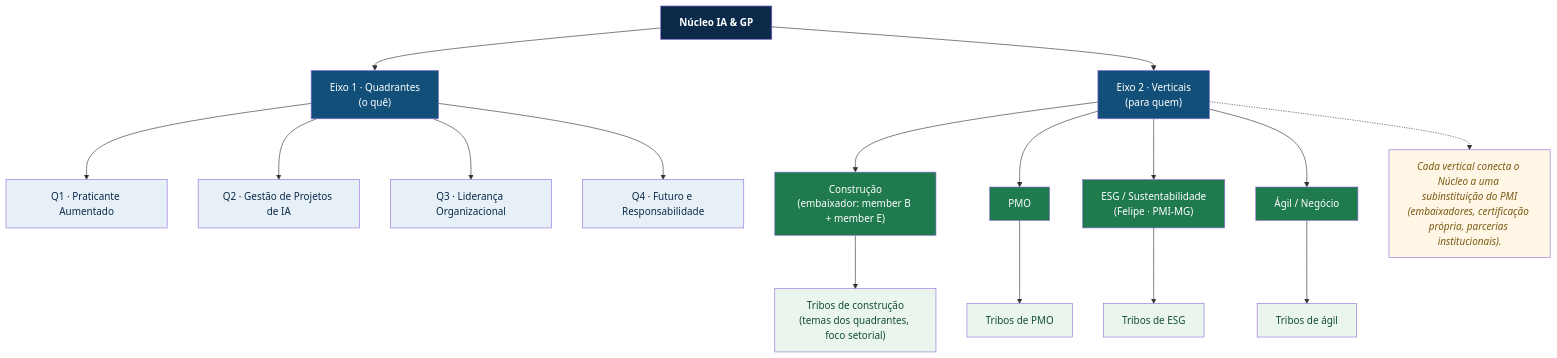
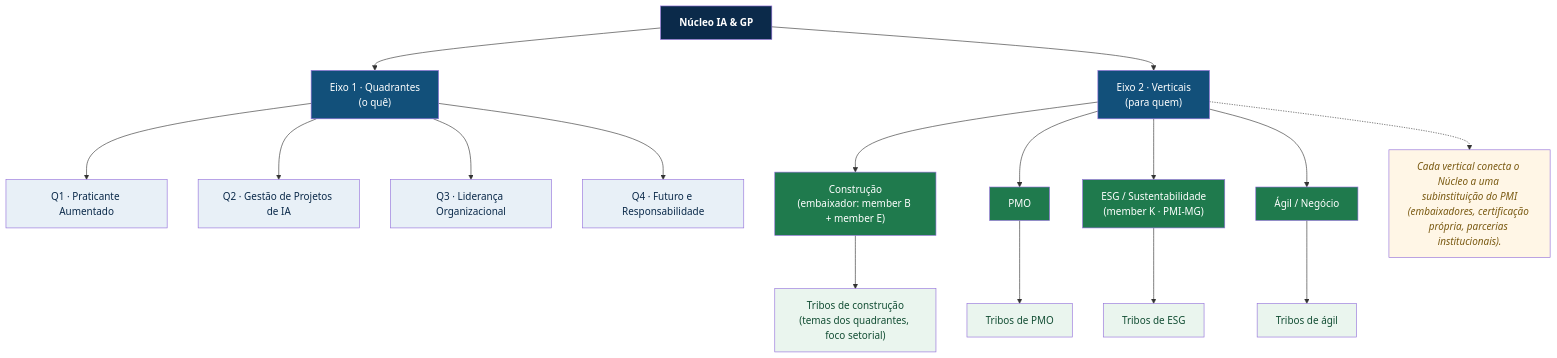
The diagram in _handoff/kickoff-ciclo4/HANDOFF-iniciativa-kickoff-ciclo4.md (VitorMRodovalho/ai-pm-research-hub), drawn with Mermaid before and after one commit. The commit also changed other lines of this file and 65 other files, not shown here.

````diff
--- a/_handoff/kickoff-ciclo4/HANDOFF-iniciativa-kickoff-ciclo4.md
+++ b/_handoff/kickoff-ciclo4/HANDOFF-iniciativa-kickoff-ciclo4.md
@@ -147,32 +147,32 @@
 ```mermaid
 flowchart TB
   N["Núcleo IA & GP"]:::core
 
   N --> Q["Eixo 1 · Quadrantes<br/>(o quê)"]:::axis
   N --> V["Eixo 2 · Verticais<br/>(para quem)"]:::axis
 
   Q --> Q1["Q1 · Praticante Aumentado"]:::q
   Q --> Q2["Q2 · Gestão de Projetos de IA"]:::q
   Q --> Q3["Q3 · Liderança Organizacional"]:::q
   Q --> Q4["Q4 · Futuro e Responsabilidade"]:::q
 
   V --> VC["Construção<br/>(embaixador: member B + member E)"]:::v
   V --> VP["PMO"]:::v
-  V --> VE["ESG / Sustentabilidade<br/>(Felipe · PMI-MG)"]:::v
+  V --> VE["ESG / Sustentabilidade<br/>(member K · PMI-MG)"]:::v
   V --> VA["Ágil / Negócio"]:::v
 
   VC --> TC["Tribos de construção<br/>(temas dos quadrantes, foco setorial)"]:::t
   VP --> TP["Tribos de PMO"]:::t
   VE --> TE["Tribos de ESG"]:::t
   VA --> TA["Tribos de ágil"]:::t
 
   NOTE["Cada vertical conecta o Núcleo a uma subinstituição do PMI<br/>(embaixadores, certificação própria, parcerias institucionais)."]:::note
   V -.-> NOTE
 
   classDef core fill:#0B2A4A,color:#fff,font-weight:bold;
   classDef axis fill:#12507a,color:#fff;
   classDef q fill:#e8f0f7,color:#0B2A4A;
   classDef v fill:#1f7a4d,color:#fff;
   classDef t fill:#eaf5ee,color:#134e34;
   classDef note fill:#fff6e6,color:#7a5a12,font-style:italic;
 ```
````
